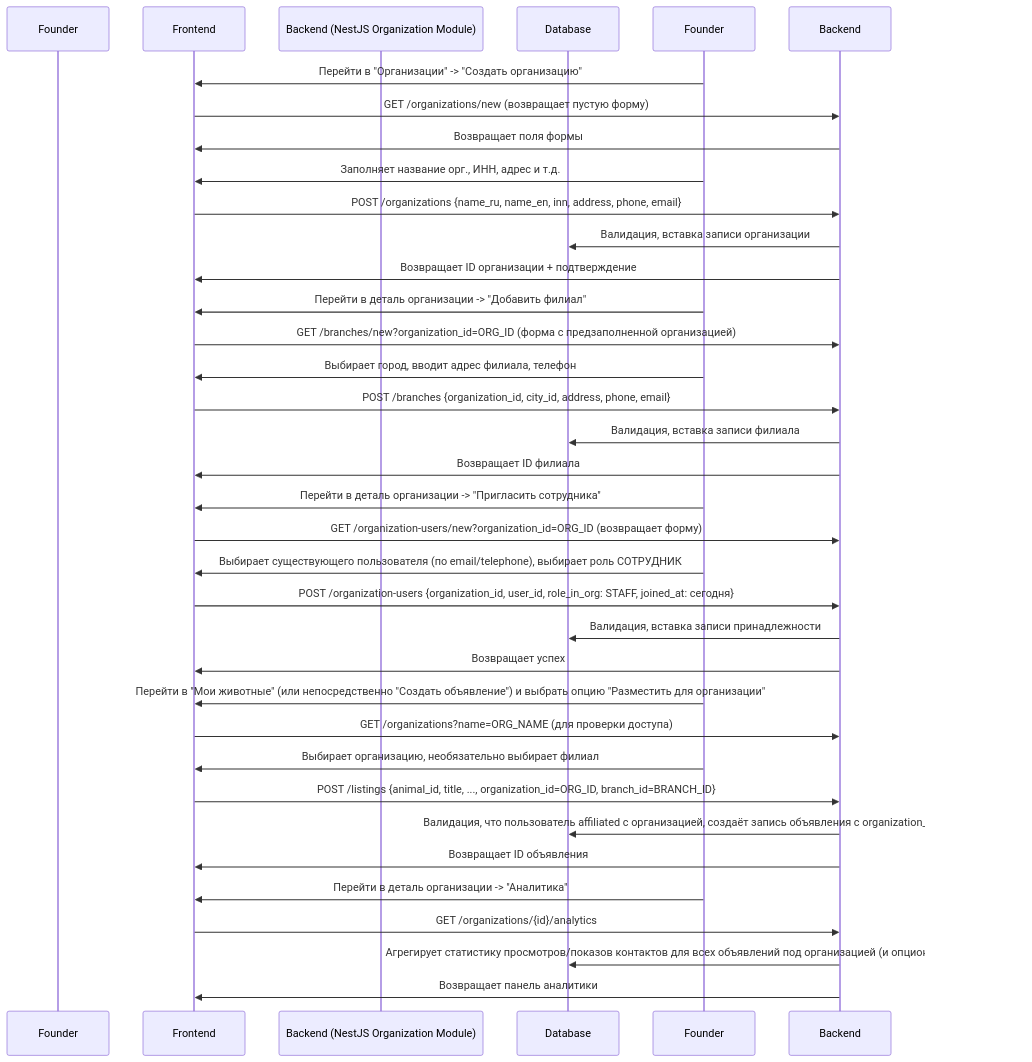
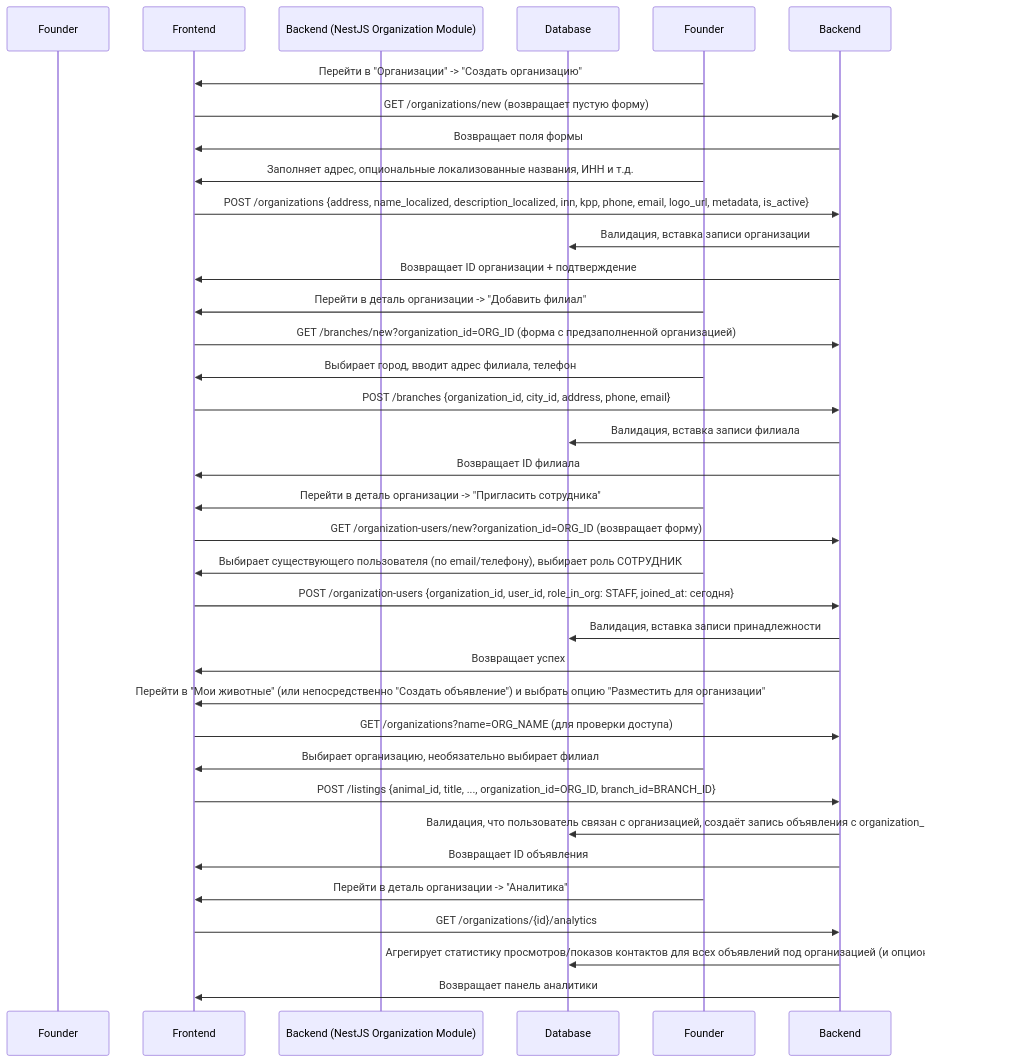
One commit to Aleksandr-Sulimenko/ZooLink changed the diagram in docsRU/02-requirements/business-requirements/organization-domain.md. Above: the diagram before and after it, drawn with Mermaid. The commit also changed other lines of this file and 72 other files, not shown here.

````diff
--- a/docsRU/02-requirements/business-requirements/organization-domain.md
+++ b/docsRU/02-requirements/business-requirements/organization-domain.md
@@ -151,46 +153,46 @@
 ```mermaid
 sequenceDiagram
     participant User as Founder
     participant Frontend
     participant Backend (NestJS Organization Module)
     participant Database
 
     %% Создание организации
     Founder->>Frontend: Перейти в "Организации" -> "Создать организацию"
     Frontend->>Backend: GET /organizations/new (возвращает пустую форму)
     Backend->>Frontend: Возвращает поля формы
-    Founder->>Frontend: Заполняет название орг., ИНН, адрес и т.д.
-    Frontend->>Backend: POST /organizations {name_ru, name_en, inn, address, phone, email}
+    Founder->>Frontend: Заполняет адрес, опциональные локализованные названия, ИНН и т.д.
+    Frontend->>Backend: POST /organizations {address, name_localized, description_localized, inn, kpp, phone, email, logo_url, metadata, is_active}
     Backend->>Database: Валидация, вставка записи организации
     Backend->>Frontend: Возвращает ID организации + подтверждение
 
     %% Добавление филиала
     Founder->>Frontend: Перейти в деталь организации -> "Добавить филиал"
     Frontend->>Backend: GET /branches/new?organization_id=ORG_ID (форма с предзаполненной организацией)
     Founder->>Frontend: Выбирает город, вводит адрес филиала, телефон
     Frontend->>Backend: POST /branches {organization_id, city_id, address, phone, email}
     Backend->>Database: Валидация, вставка записи филиала
     Backend->>Frontend: Возвращает ID филиала
 
     %% Приглашение сотрудника
     Founder->>Frontend: Перейти в деталь организации -> "Пригласить сотрудника"
     Frontend->>Backend: GET /organization-users/new?organization_id=ORG_ID (возвращает форму)
-    Founder->>Frontend: Выбирает существующего пользователя (по email/telephone), выбирает роль СОТРУДНИК
+    Founder->>Frontend: Выбирает существующего пользователя (по email/телефону), выбирает роль СОТРУДНИК
     Frontend->>Backend: POST /organization-users {organization_id, user_id, role_in_org: STAFF, joined_at: сегодня}
     Backend->>Database: Валидация, вставка записи принадлежности
     Backend->>Frontend: Возвращает успех
 
     %% Создание объявления от имени организации
     Founder->>Frontend: Перейти в "Мои животные" (или непосредственно "Создать объявление") и выбрать опцию "Разместить для организации"
     Frontend->>Backend: GET /organizations?name=ORG_NAME (для проверки доступа)
     Founder->>Frontend: Выбирает организацию, необязательно выбирает филиал
     Frontend->>Backend: POST /listings {animal_id, title, ..., organization_id=ORG_ID, branch_id=BRANCH_ID}
-    Backend->>Database: Валидация, что пользователь affiliated с организацией, создаёт запись объявления с organization_id/branch_id
+    Backend->>Database: Валидация, что пользователь связан с организацией, создаёт запись объявления с organization_id/branch_id
     Backend->>Frontend: Возвращает ID объявления
 
     %% Просмотр аналитики организации
     Founder->>Frontend: Перейти в деталь организации -> "Аналитика"
     Frontend->>Backend: GET /organizations/{id}/analytics
     Backend->>Database: Агрегирует статистику просмотров/показов контактов для всех объявлений под организацией (и опционально по филиалу)
     Backend->>Frontend: Возвращает панель аналитики
 ```
````
